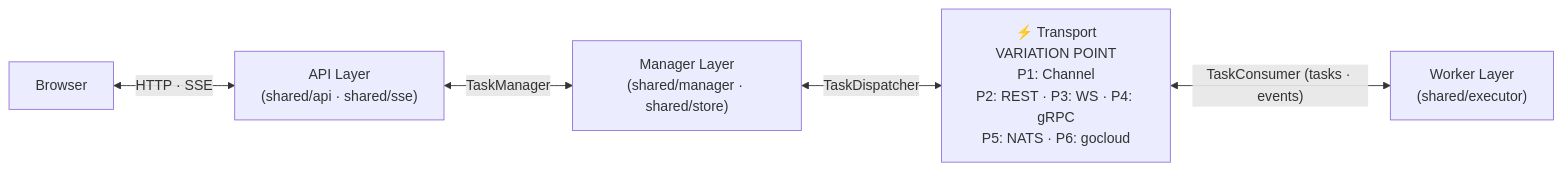
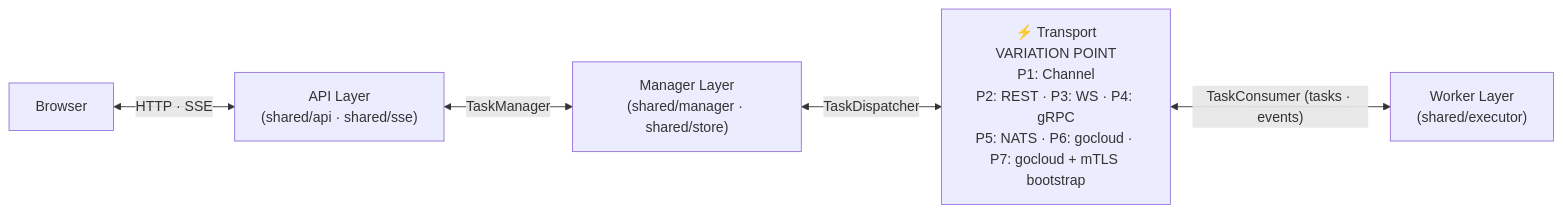
The first of 9 diagrams in README.md (deyarchit/work-distribution-patterns), drawn with Mermaid before and after one commit. The commit also changed other lines of this file, not shown here.

````diff
--- a/README.md
+++ b/README.md
@@ -16,13 +16,13 @@
 ```mermaid
 graph LR
     Browser["Browser"]
     API["API Layer<br/>(shared/api · shared/sse)"]
     Manager["Manager Layer<br/>(shared/manager · shared/store)"]
-    Transport["⚡ Transport<br/>VARIATION POINT<br/>P1: Channel<br/>P2: REST · P3: WS · P4: gRPC<br/>P5: NATS · P6: gocloud"]
+    Transport["⚡ Transport<br/>VARIATION POINT<br/>P1: Channel<br/>P2: REST · P3: WS · P4: gRPC<br/>P5: NATS · P6: gocloud · P7: gocloud + mTLS bootstrap"]
     Workers["Worker Layer<br/>(shared/executor)"]
 
     Browser <-->|"HTTP · SSE"| API
     API <-->|"TaskManager"| Manager
     Manager <-->|"TaskDispatcher"| Transport
     Transport <-->|"TaskConsumer (tasks · events)"| Workers
 ```
````
